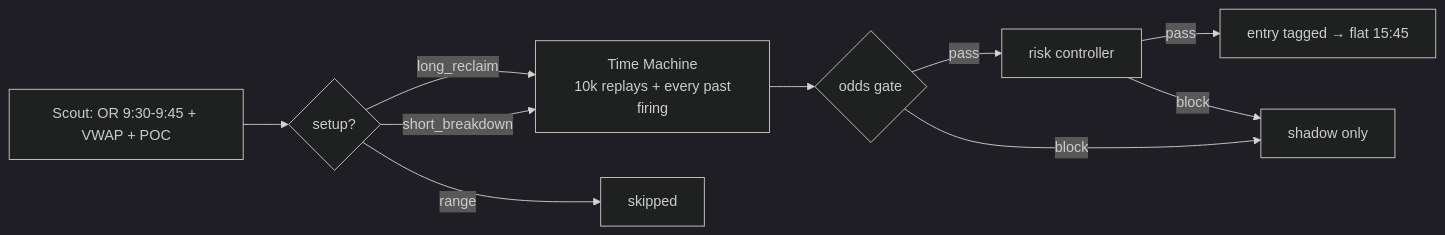
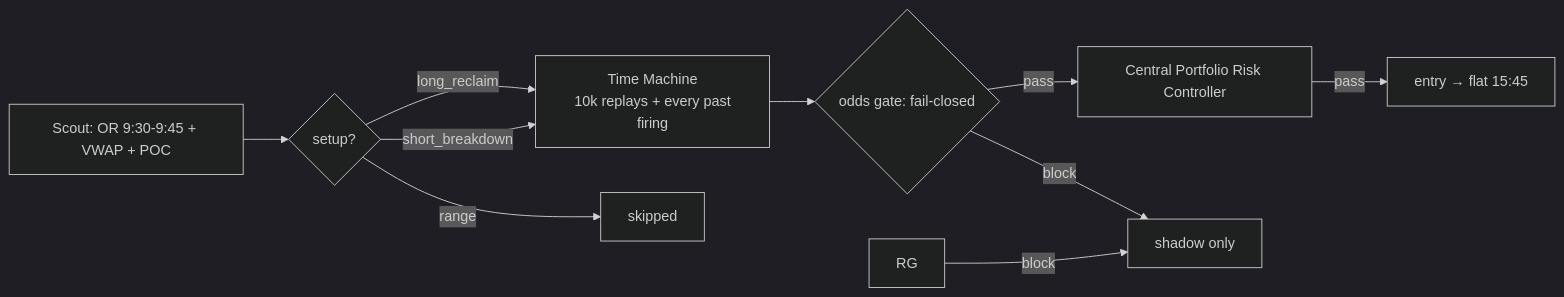
The second of 5 diagrams in README.md (Danisosei20/ai-cio-trading-ops), drawn with Mermaid (dark theme) before and after one commit. The commit also changed other lines of this file, not shown here.

````diff
--- a/README.md
+++ b/README.md
@@ -70,12 +88,12 @@
 ```mermaid
 flowchart LR
     SK[Scout: OR 9:30-9:45 + VWAP + POC] --> ST{setup?}
     ST -- long_reclaim --> TM[Time Machine\n 10k replays + every past firing]
     ST -- short_breakdown --> TM
-    TM --> OG{odds gate}
-    OG -- pass --> RG[risk controller]
-    RG -- pass --> EN[entry tagged → flat 15:45]
+    TM --> OG{odds gate: fail-closed}
+    OG -- pass --> RC[Central Portfolio Risk Controller]
+    RC -- pass --> EN[entry → flat 15:45]
     OG -- block --> SH[shadow only]
     RG -- block --> SH
     ST -- range --> SKIP[skipped]
 ```
````
